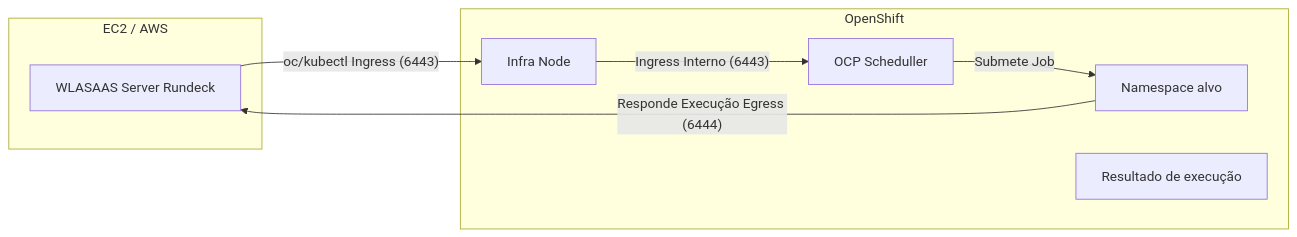
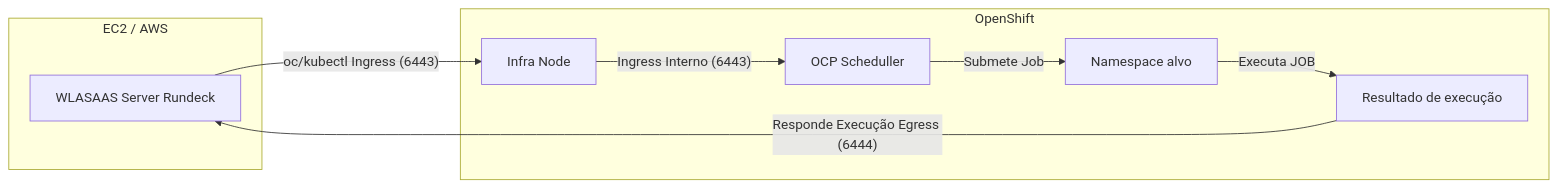
One commit to mbenedicto99/CTM_OCP changed the diagram in README.md. Above: the diagram before and after it, drawn with Mermaid.

Commit message:
WLASaaS->OCP 20250912

````diff
--- a/README.md
+++ b/README.md
@@ -127,19 +127,20 @@
 ```mermaid
 flowchart LR
   subgraph AWS["EC2 / AWS"]
     CM["WLASAAS Server Rundeck"]
   end
 
   subgraph OCP["OpenShift"]
     IN["Infra Node"]
     API["OCP Scheduller"]
     NS["Namespace alvo"]
     AG["Resultado de execução"]
   end
 
   CM -- "oc/kubectl Ingress (6443)" --> IN
   IN -- "Ingress Interno (6443)" --> API
   API -- "Submete Job" --> NS
 
-  NS -- "Responde Execução Egress (6444)" --> CM
+  NS -- "Executa JOB" --> AG
+  AG -- "Responde Execução Egress (6444)" --> CM
 ```
````
